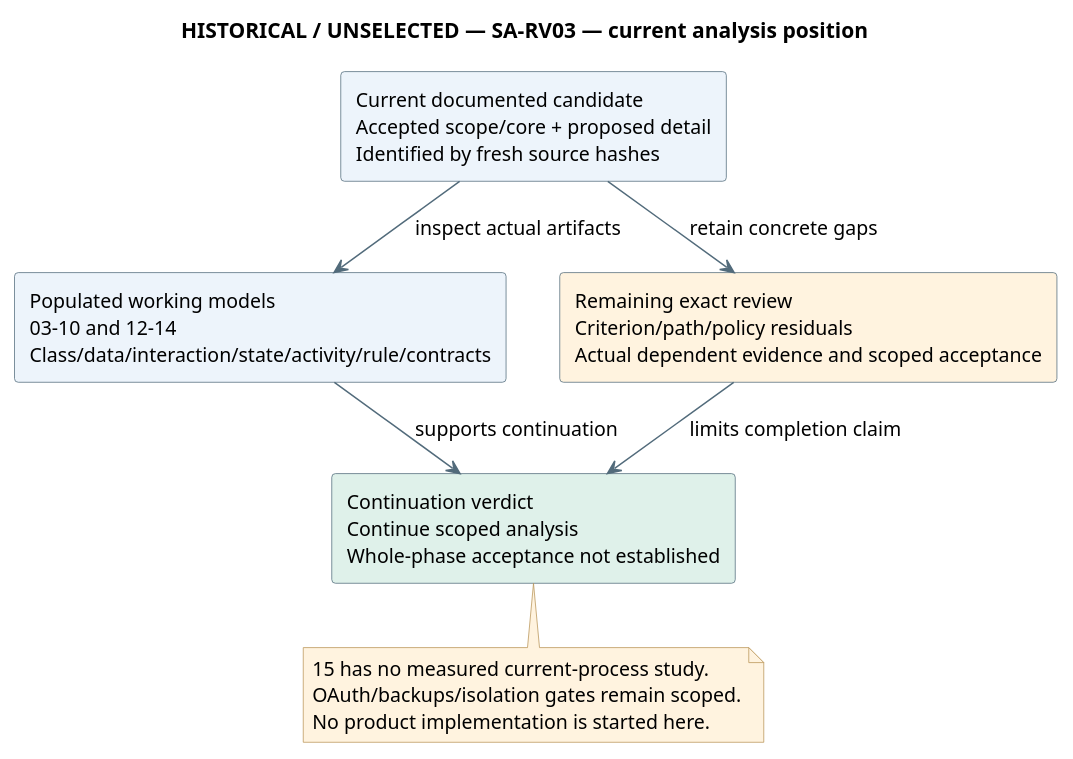
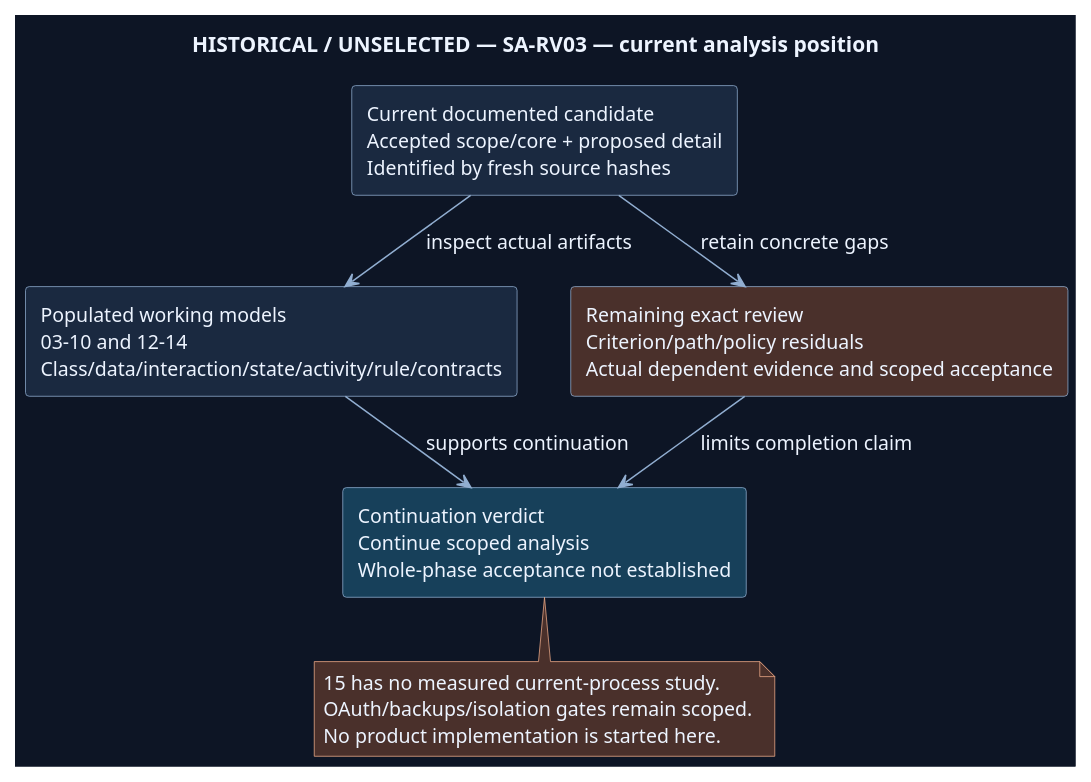
The diagram in Docs/SDLC/03-System-Analysis/Diagrams/Review-Current-Position.puml (Farhad-V/Web-Resumefolio), drawn with PlantUML before and after one commit. The commit also changed 1772 other files, not shown here.

```diff
--- a/Docs/SDLC/03-System-Analysis/Diagrams/Review-Current-Position.puml
+++ b/Docs/SDLC/03-System-Analysis/Diagrams/Review-Current-Position.puml
@@ -1,30 +1,31 @@
 @startuml
 ' OWNER-MVP-2026-11-04 review: Historical / alternative. Dated observation or rejected/unselected alternative is preserved without becoming a current MVP topology.
-skinparam backgroundColor white
+skinparam backgroundColor #0D1525
+skinparam defaultFontColor #EDF4FF
 skinparam defaultFontName Segoe UI
 skinparam defaultFontSize 13
 skinparam shadowing false
-skinparam ArrowColor #526B7B
-skinparam rectangleBackgroundColor #EDF4FB
-skinparam rectangleBorderColor #526B7B
-skinparam noteBackgroundColor #FFF3DF
-skinparam noteBorderColor #B99557
+skinparam ArrowColor #91AED1
+skinparam rectangleBackgroundColor #1A2940
+skinparam rectangleBorderColor #91AED1
+skinparam noteBackgroundColor #4A302B
+skinparam noteBorderColor #F1AD8A
 skinparam nodesep 35
 skinparam ranksep 42
 title HISTORICAL / UNSELECTED — SA-RV03 — current analysis position
 top to bottom direction
 rectangle "Current documented candidate\nAccepted scope/core + proposed detail\nIdentified by fresh source hashes" as Candidate
 rectangle "Populated working models\n03–10 and 12–14\nClass/data/interaction/state/activity/rule/contracts" as Done
-rectangle "Remaining exact review\nCriterion/path/policy residuals\nActual dependent evidence and scoped acceptance" as Work #FFF3DF
-rectangle "Continuation verdict\nContinue scoped analysis\nWhole-phase acceptance not established" as Verdict #DFF1EA
+rectangle "Remaining exact review\nCriterion/path/policy residuals\nActual dependent evidence and scoped acceptance" as Work #4A302B
+rectangle "Continuation verdict\nContinue scoped analysis\nWhole-phase acceptance not established" as Verdict #17405A
 Candidate --> Done : inspect actual artifacts
 Candidate --> Work : retain concrete gaps
 Done --> Verdict : supports continuation
 Work --> Verdict : limits completion claim
 note bottom of Verdict
 15 has no measured current-process study.
 OAuth/backups/isolation gates remain scoped.
 No product implementation is started here.
 end note
 
 @enduml
```
